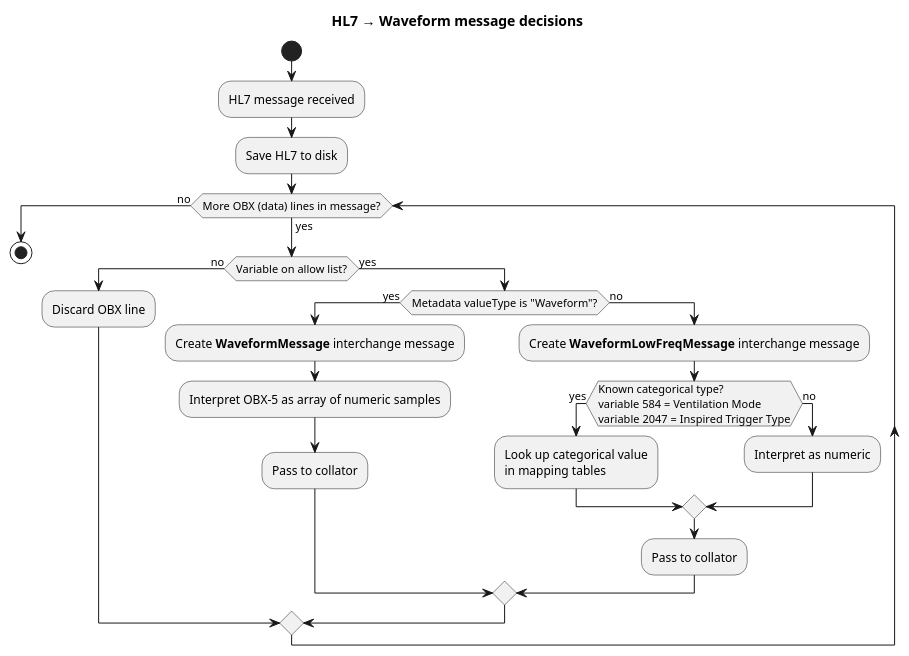
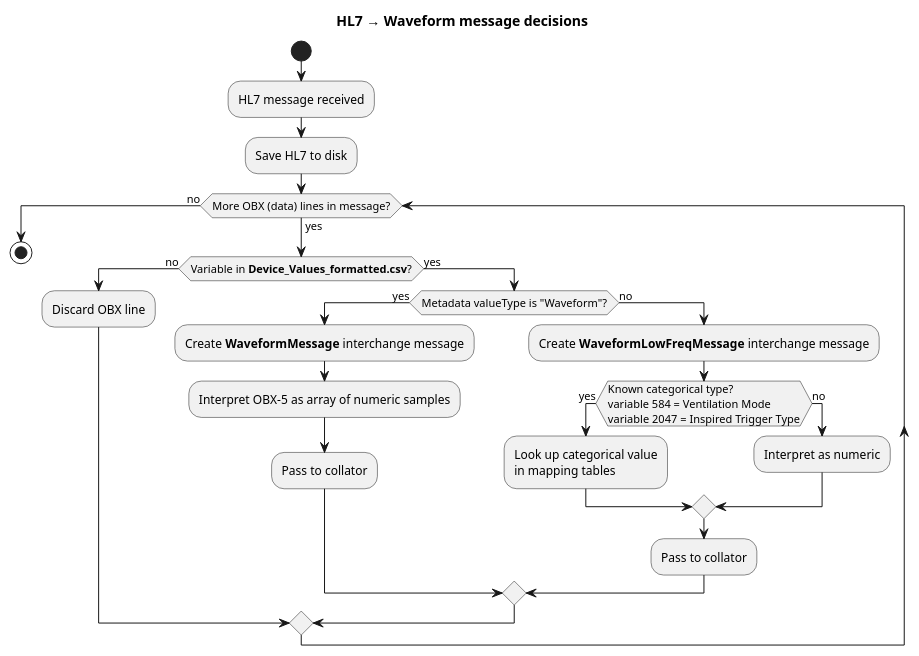
Before and after one commit to SAFEHR-data/emap: the diagram in docs/technical_overview/waveforms/data_flow.puml, drawn with PlantUML. The commit also changed 2 other files, not shown here.

Commit message:
Be more specific about when units must exist and clarify docs re allow list

```diff
--- a/docs/technical_overview/waveforms/data_flow.puml
+++ b/docs/technical_overview/waveforms/data_flow.puml
@@ -1,32 +1,32 @@
 @startuml
 title "HL7 → Waveform message decisions"
 
 start
 
 :HL7 message received;
 
 :Save HL7 to disk;
 
 while (More OBX (data) lines in message?) is (yes)
-  if (Variable on allow list?) then (no)
+  if (Variable in **Device_Values_formatted.csv**?) then (no)
     :Discard OBX line;
   else (yes)
     if (Metadata valueType is "Waveform"?) then (yes)
       :Create **WaveformMessage** interchange message;
       :Interpret OBX-5 as array of numeric samples;
       :Pass to collator;
     else (no)
       :Create **WaveformLowFreqMessage** interchange message;
       if (Known categorical type?\nvariable 584 = Ventilation Mode\nvariable 2047 = Inspired Trigger Type) then (yes)
         :Look up categorical value\nin mapping tables;
       else (no)
         :Interpret as numeric;
       endif
       :Pass to collator;
     endif
   endif
 endwhile (no)
 
 stop
 
 @enduml
```
